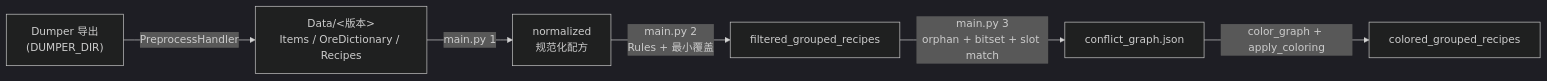
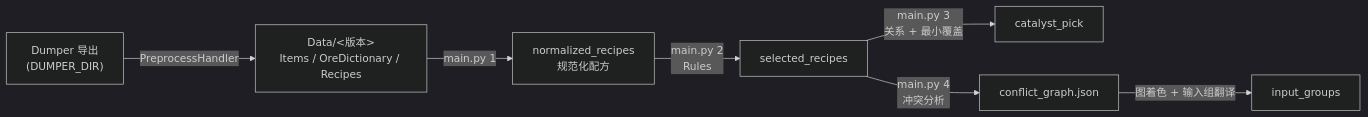
Before and after one commit to GTNH-Huijiwiki/GTNH-Recipe-Check: the diagram in README.md, drawn with Mermaid (dark theme). The commit also changed other lines of this file and 33 other files, not shown here.

````diff
--- a/README.md
+++ b/README.md
@@ -208,8 +213,9 @@
 ```mermaid
 flowchart LR
     A["Dumper 导出<br/>(DUMPER_DIR)"] -->|PreprocessHandler| B["Data/&lt;版本&gt;<br/>Items / OreDictionary / Recipes"]
-    B -->|main.py 1| H["normalized<br/>规范化配方"]
-    H -->|main.py 2<br/>Rules + 最小覆盖| I["filtered_grouped_recipes"]
-    I -->|main.py 3<br/>orphan + bitset + slot match| J["conflict_graph.json"]
-    J -->|color_graph + apply_coloring| K["colored_grouped_recipes"]
+    B -->|main.py 1| H["normalized_recipes<br/>规范化配方"]
+    H -->|main.py 2<br/>Rules| I["selected_recipes"]
+    I -->|main.py 3<br/>关系 + 最小覆盖| C["catalyst_pick"]
+    I -->|main.py 4<br/>冲突分析| J["conflict_graph.json"]
+    J -->|图着色 + 输入组翻译| K["input_groups"]
 ```
````
